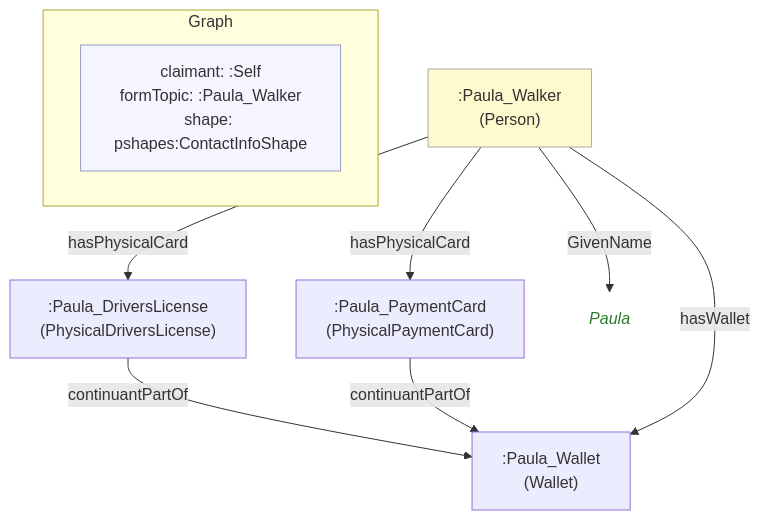
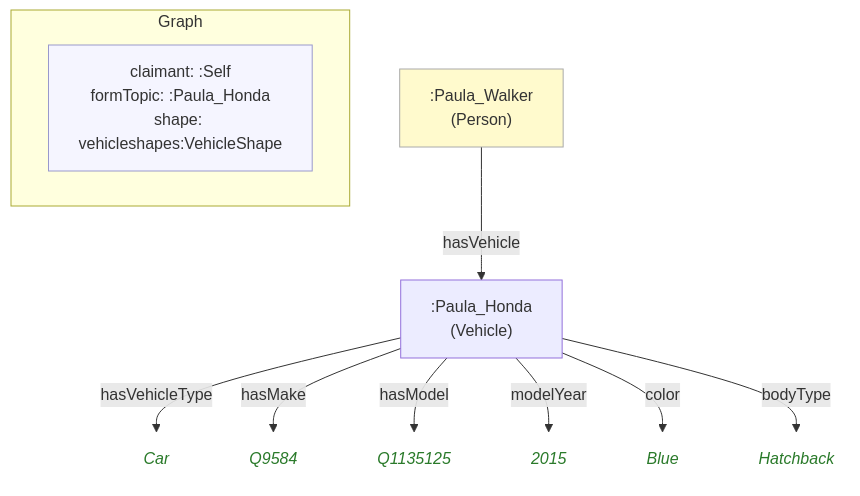
One commit to MeeFoundation/pod-ontologies changed the diagram in example/graphs/images/graph-108.mmd. Above: the diagram before and after it, drawn with Mermaid. The commit also changed 6 other files, not shown here.

First line of the commit message:
Make Paula's Things pod about her car; draw spaces as grey panels

```diff
--- a/example/graphs/images/graph-108.mmd
+++ b/example/graphs/images/graph-108.mmd
@@ -1,24 +1,28 @@
 flowchart TD
     classDef person fill:#fffacd,stroke:#aaa,color:#333
     classDef org    fill:#cce5ff,stroke:#aaa,color:#333
     classDef service fill:#e6e6e6,stroke:#aaa,color:#333
     classDef lit    fill:none,stroke:none,font-style:italic,color:#2a7a2a
     classDef meta   fill:#f5f5ff,stroke:#9999cc,color:#333
 
     subgraph ctx["Graph"]
         direction LR
-        ctx_meta["claimant: :Self\nformTopic: :Paula_Walker\nshape: pshapes:ContactInfoShape"]:::meta
+        ctx_meta["claimant: :Self\nformTopic: :Paula_Honda\nshape: vehicleshapes:VehicleShape"]:::meta
     end
 
-    n1d7e95f2a0b8[":Paula_DriversLicense\n(PhysicalDriversLicense)"]
-    n7c2a346dbe9e[":Paula_Wallet\n(Wallet)"]
-    na5ee14d8129a[":Paula_PaymentCard\n(PhysicalPaymentCard)"]
+    n13e757bc53ad[":Paula_Honda\n(Vehicle)"]
+    nd87e43c75de4("Car"):::lit
+    nec4a85fb5780("Q9584"):::lit
+    ne80b37a7ad33("Q1135125"):::lit
+    n2fe1419ba081("2015"):::lit
+    n817b1cfb0415("Blue"):::lit
+    n4b165108c359("Hatchback"):::lit
     n0a19bd2dbd74[":Paula_Walker\n(Person)"]:::person
-    n0e3e62db5889("Paula"):::lit
 
-    n1d7e95f2a0b8 -->|"continuantPartOf"| n7c2a346dbe9e
-    na5ee14d8129a -->|"continuantPartOf"| n7c2a346dbe9e
-    n0a19bd2dbd74 -->|"GivenName"| n0e3e62db5889
-    n0a19bd2dbd74 -->|"hasWallet"| n7c2a346dbe9e
-    n0a19bd2dbd74 -->|"hasPhysicalCard"| n1d7e95f2a0b8
-    n0a19bd2dbd74 -->|"hasPhysicalCard"| na5ee14d8129a
+    n13e757bc53ad -->|"hasVehicleType"| nd87e43c75de4
+    n13e757bc53ad -->|"hasMake"| nec4a85fb5780
+    n13e757bc53ad -->|"hasModel"| ne80b37a7ad33
+    n13e757bc53ad -->|"modelYear"| n2fe1419ba081
+    n13e757bc53ad -->|"color"| n817b1cfb0415
+    n13e757bc53ad -->|"bodyType"| n4b165108c359
+    n0a19bd2dbd74 -->|"hasVehicle"| n13e757bc53ad
```
